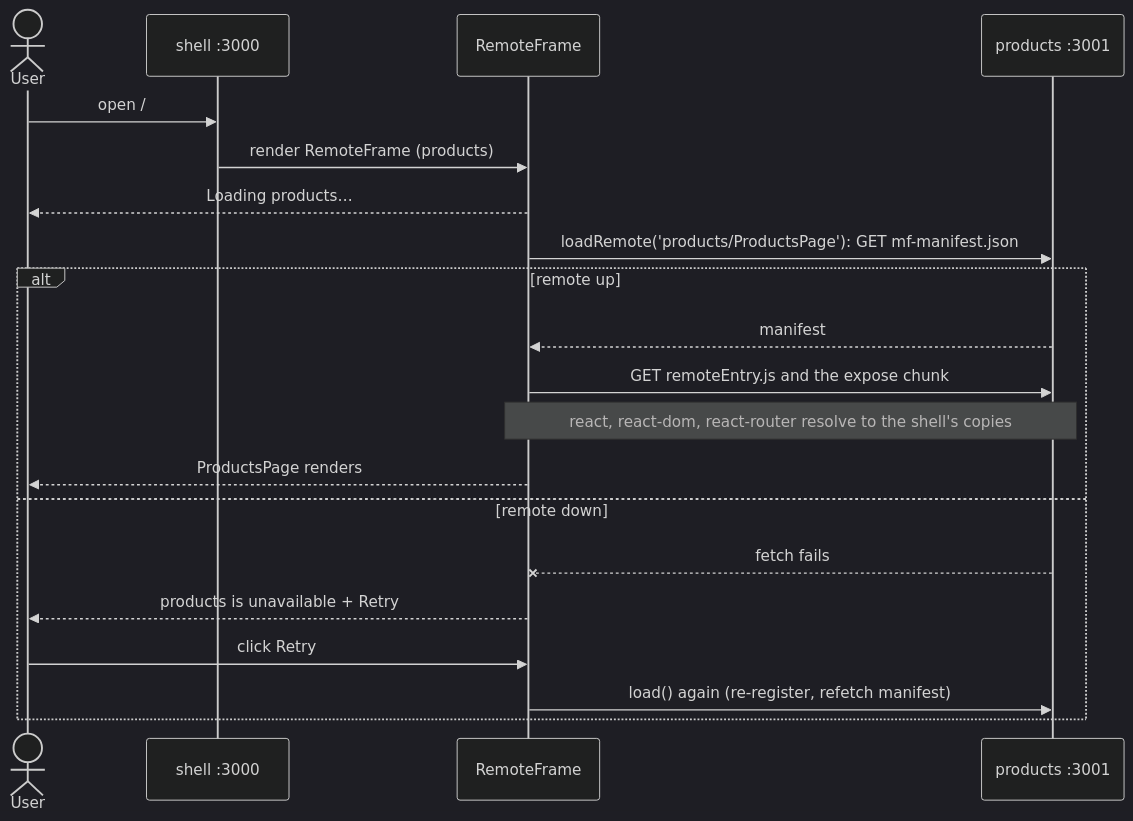
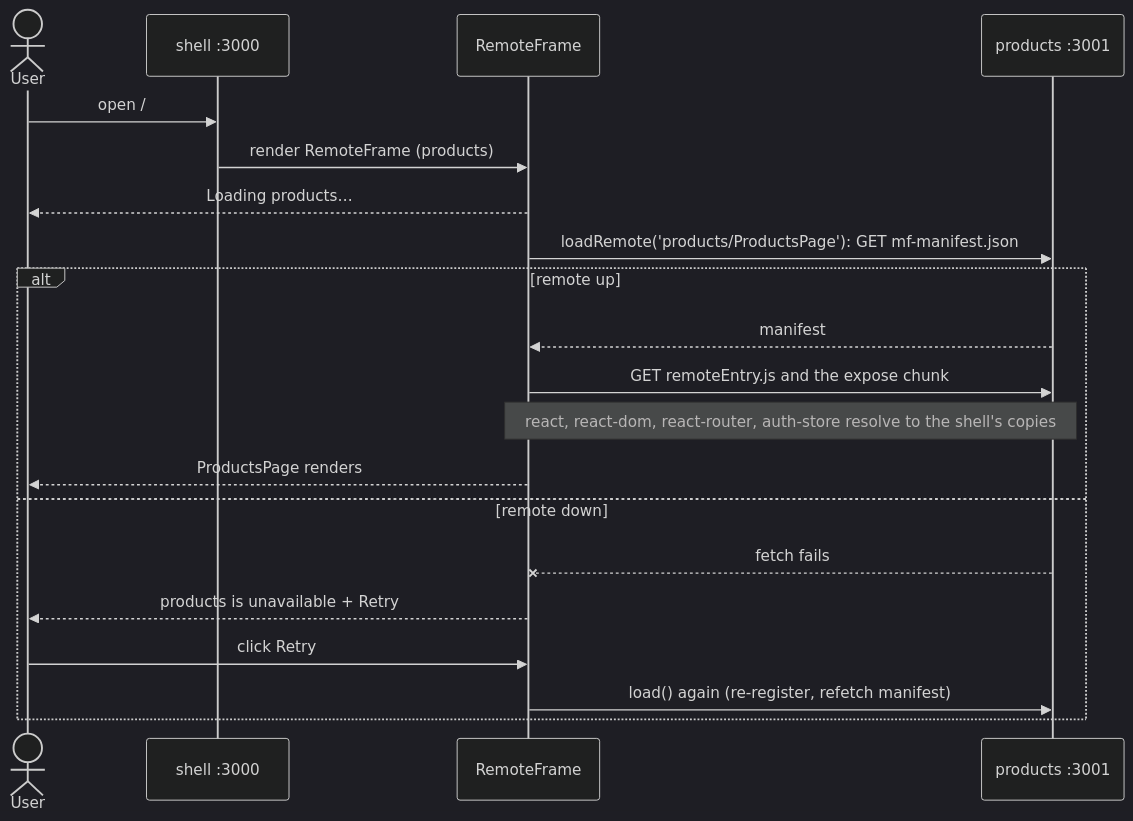
The second of 2 diagrams in README.md (sotream/mfe-lab), drawn with Mermaid (dark theme) before and after one commit. The commit also changed other lines of this file and 17 other files, not shown here.

````diff
--- a/README.md
+++ b/README.md
@@ -33,23 +83,23 @@
 ```mermaid
 sequenceDiagram
   actor U as User
   participant S as shell :3000
   participant F as RemoteFrame
   participant P as products :3001
 
   U->>S: open /
   S->>F: render RemoteFrame (products)
   F-->>U: Loading products…
   F->>P: loadRemote('products/ProductsPage'): GET mf-manifest.json
   alt remote up
     P-->>F: manifest
     F->>P: GET remoteEntry.js and the expose chunk
-    Note over F,P: react, react-dom, react-router resolve to the shell's copies
+    Note over F,P: react, react-dom, react-router, auth-store resolve to the shell's copies
     F-->>U: ProductsPage renders
   else remote down
     P--xF: fetch fails
     F-->>U: products is unavailable + Retry
     U->>F: click Retry
     F->>P: load() again (re-register, refetch manifest)
   end
 ```
````
